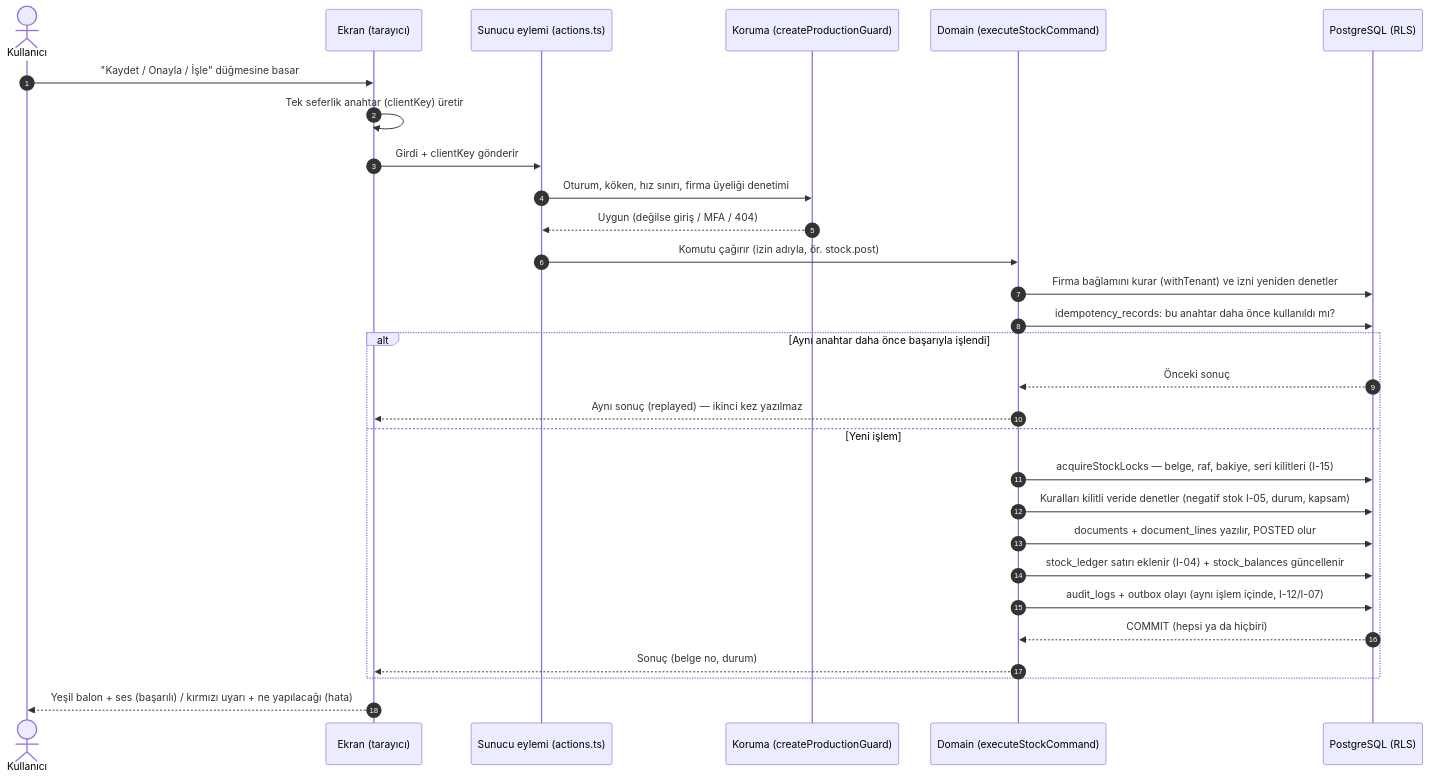
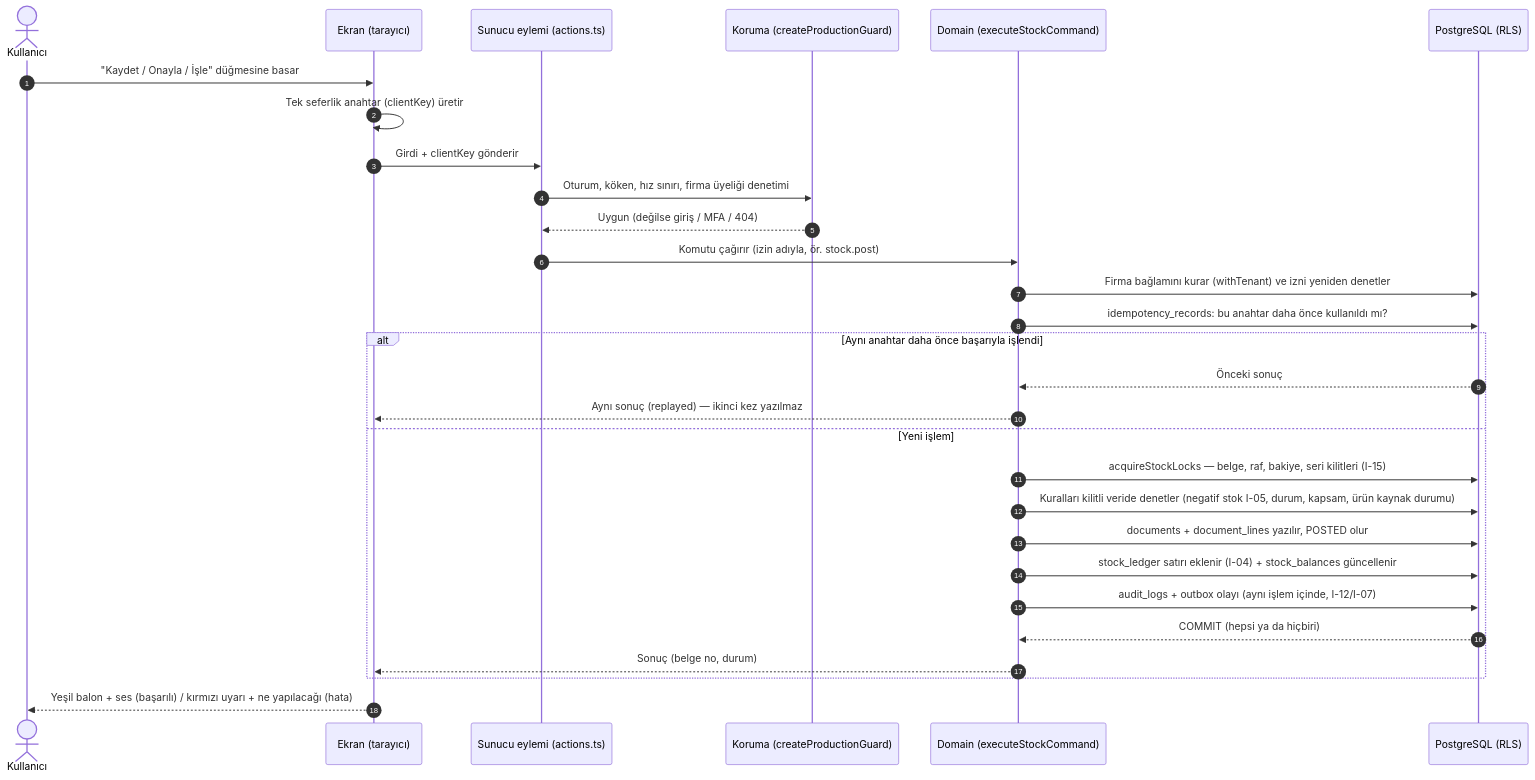
One commit to shosgoren/EtkinWMS changed the first of 9 diagrams in docs/fonksiyonel-mimari/02b-mal-kabul-stok-katalog.md. Above: the diagram before and after it, drawn with Mermaid. The commit also changed other lines of this file and 10 other files, not shown here.

````diff
--- a/docs/fonksiyonel-mimari/02b-mal-kabul-stok-katalog.md
+++ b/docs/fonksiyonel-mimari/02b-mal-kabul-stok-katalog.md
@@ -50,31 +65,31 @@
 ```mermaid
 sequenceDiagram
     autonumber
     actor K as Kullanıcı
     participant E as Ekran (tarayıcı)
     participant A as Sunucu eylemi (actions.ts)
     participant G as Koruma (createProductionGuard)
     participant D as Domain (executeStockCommand)
     participant DB as PostgreSQL (RLS)
     K->>E: "Kaydet / Onayla / İşle" düğmesine basar
     E->>E: Tek seferlik anahtar (clientKey) üretir
     E->>A: Girdi + clientKey gönderir
     A->>G: Oturum, köken, hız sınırı, firma üyeliği denetimi
     G-->>A: Uygun (değilse giriş / MFA / 404)
     A->>D: Komutu çağırır (izin adıyla, ör. stock.post)
     D->>DB: Firma bağlamını kurar (withTenant) ve izni yeniden denetler
     D->>DB: idempotency_records: bu anahtar daha önce kullanıldı mı?
     alt Aynı anahtar daha önce başarıyla işlendi
         DB-->>D: Önceki sonuç
         D-->>E: Aynı sonuç (replayed) — ikinci kez yazılmaz
     else Yeni işlem
         D->>DB: acquireStockLocks — belge, raf, bakiye, seri kilitleri (I-15)
-        D->>DB: Kuralları kilitli veride denetler (negatif stok I-05, durum, kapsam)
+        D->>DB: Kuralları kilitli veride denetler (negatif stok I-05, durum, kapsam, ürün kaynak durumu)
         D->>DB: documents + document_lines yazılır, POSTED olur
         D->>DB: stock_ledger satırı eklenir (I-04) + stock_balances güncellenir
         D->>DB: audit_logs + outbox olayı (aynı işlem içinde, I-12/I-07)
         DB-->>D: COMMIT (hepsi ya da hiçbiri)
         D-->>E: Sonuç (belge no, durum)
     end
     E-->>K: Yeşil balon + ses (başarılı) / kırmızı uyarı + ne yapılacağı (hata)
 ```
````
